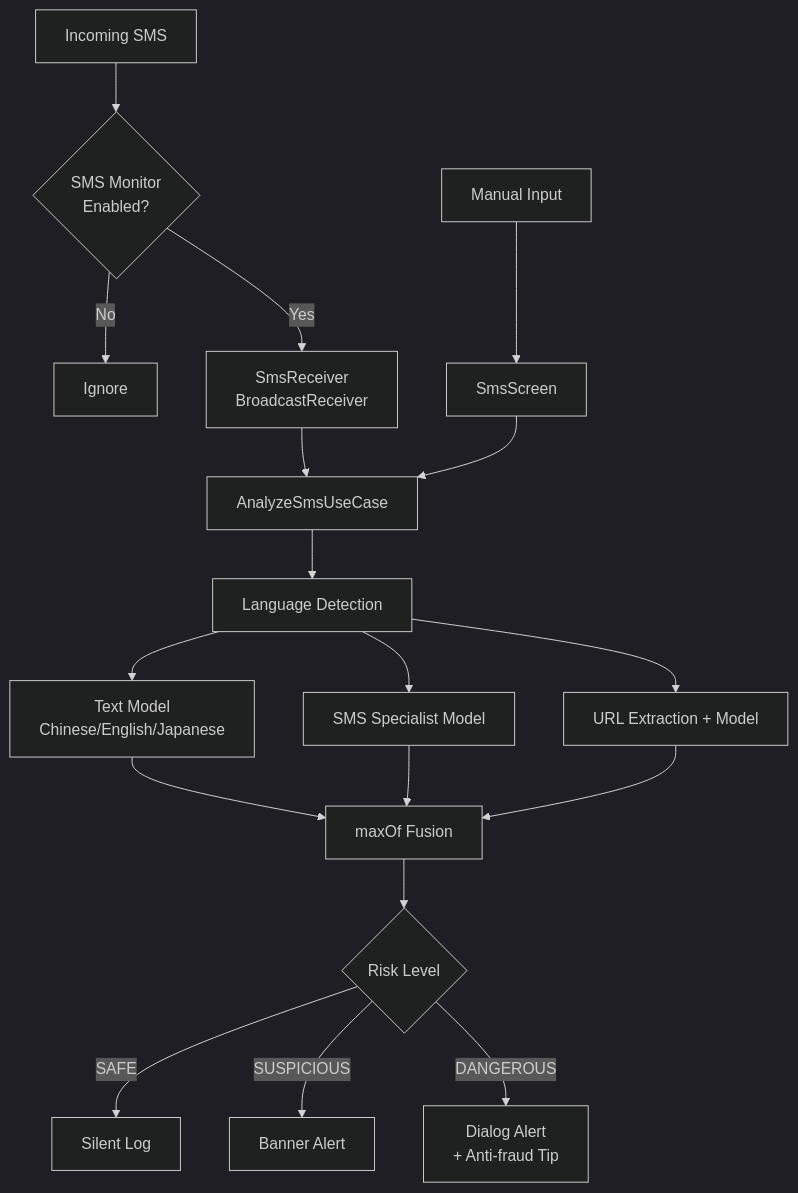
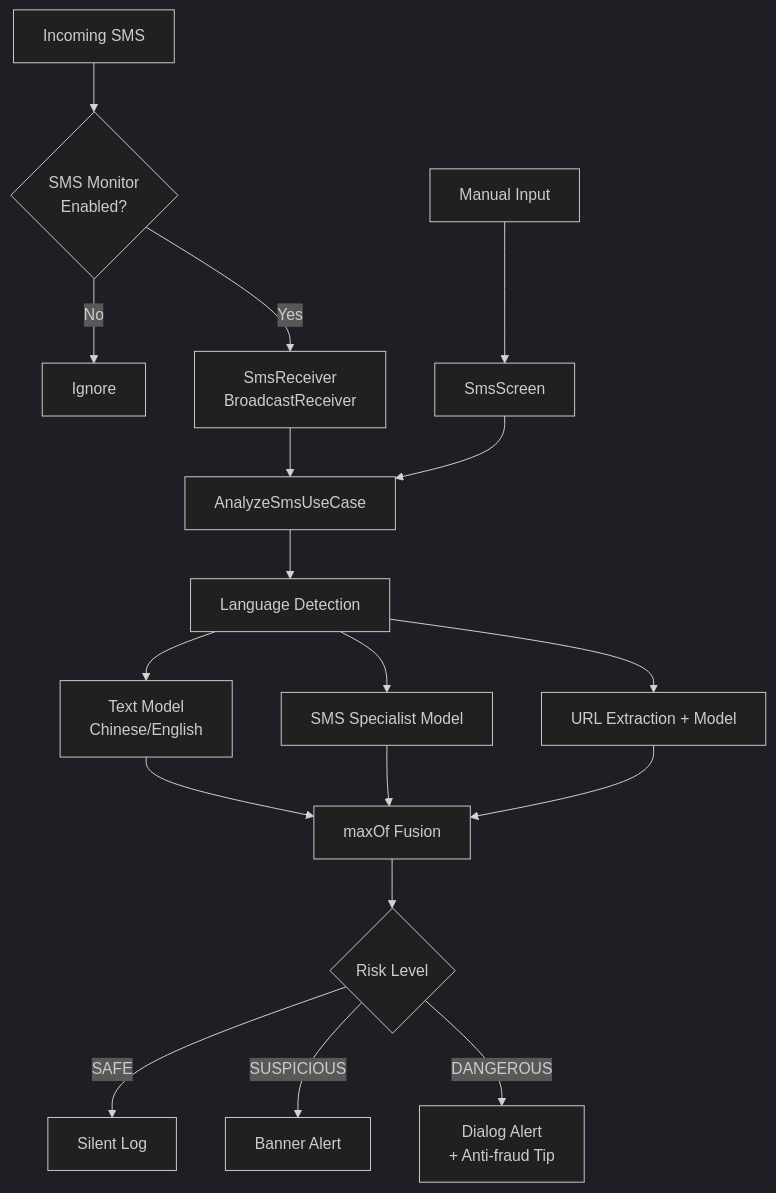
One commit to Tianshang301/TianshangGuard changed the third of 3 diagrams in README.md. Above: the diagram before and after it, drawn with Mermaid (dark theme). The commit also changed other lines of this file and 1 other file, not shown here.

````diff
--- a/README.md
+++ b/README.md
@@ -88,21 +108,21 @@
 ```mermaid
 flowchart TD
     A[Incoming SMS] --> B{SMS Monitor<br/>Enabled?}
     B -->|No| C[Ignore]
     B -->|Yes| D[SmsReceiver<br/>BroadcastReceiver]
     D --> E[AnalyzeSmsUseCase]
     E --> F[Language Detection]
-    F --> G[Text Model<br/>Chinese/English/Japanese]
+    F --> G[Text Model<br/>Chinese/English]
     F --> H[SMS Specialist Model]
     F --> I[URL Extraction + Model]
     G --> J[maxOf Fusion]
     H --> J
     I --> J
     J --> K{Risk Level}
     K -->|SAFE| L[Silent Log]
     K -->|SUSPICIOUS| M[Banner Alert]
     K -->|DANGEROUS| N[Dialog Alert<br/>+ Anti-fraud Tip]
 
     O[Manual Input] --> P[SmsScreen]
     P --> E
 ```
````
